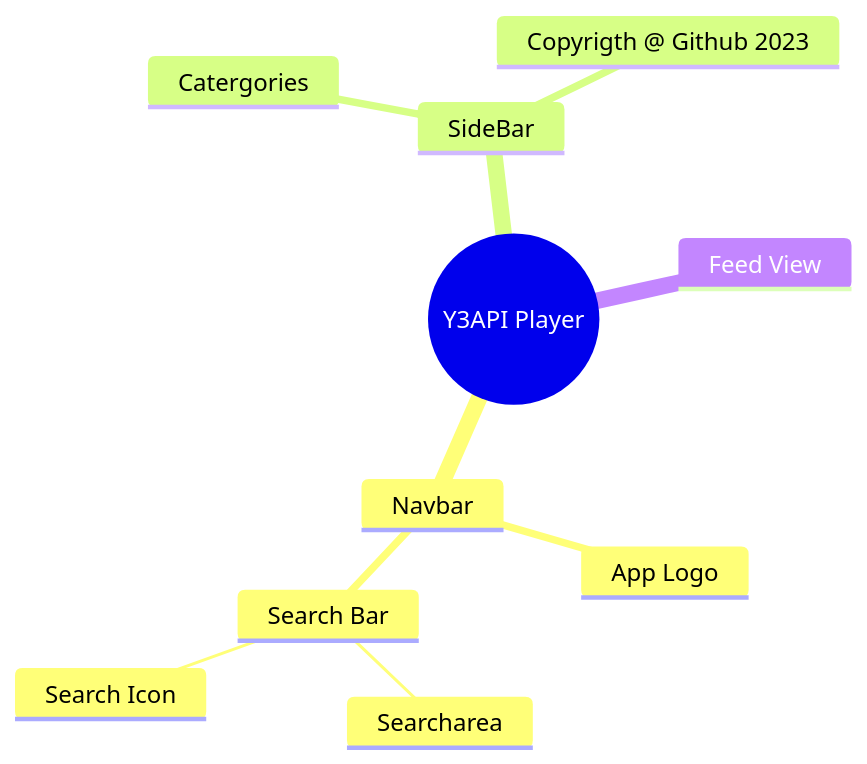
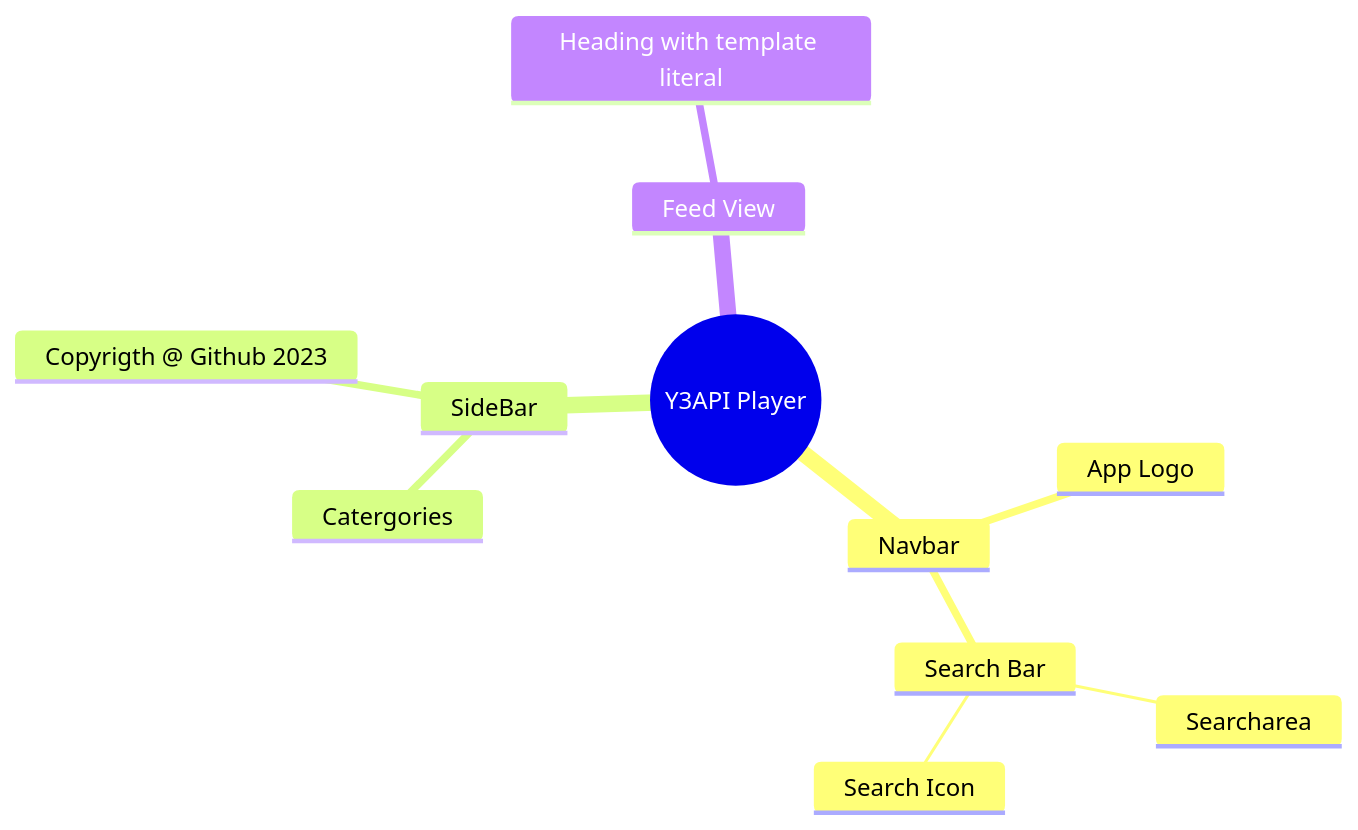
One commit to mailforwork/youtube-clone changed the diagram in README.mmd. Above: the diagram before and after it, drawn with Mermaid. The commit also changed other lines of this file and 5 other files, not shown here.

```diff
--- a/README.mmd
+++ b/README.mmd
@@ -1,12 +1,13 @@
 
 mindmap
   root((Y3API Player))
     Navbar
      App Logo 
      Search Bar  
       Searcharea
       Search Icon
     SideBar
       Catergories
       Copyrigth @ Github 2023
     Feed View
+      Heading with template literal
```
